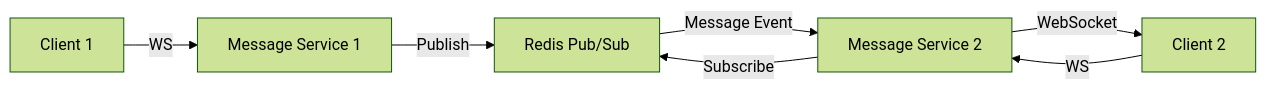
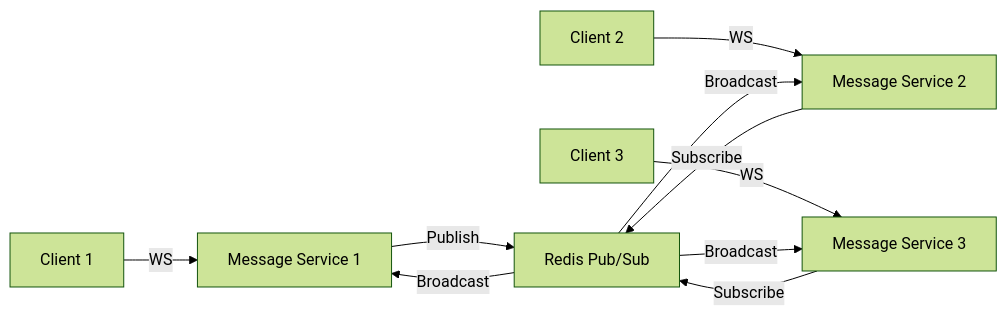
The fifth of 5 diagrams in docs/ARCHITECTURE.md (Dracula-101/echo-backend), drawn with Mermaid (forest theme) before and after one commit. The commit also changed other lines of this file and 9 other files, not shown here.

First line of the commit message:
Refactor WebSocket Protocol Documentation

````diff
--- a/docs/ARCHITECTURE.md
+++ b/docs/ARCHITECTURE.md
@@ -889,11 +1108,12 @@
 ```mermaid
 graph LR
     C1[Client 1] -->|WS| MS1[Message Service 1]
     C2[Client 2] -->|WS| MS2[Message Service 2]
+    C3[Client 3] -->|WS| MS3[Message Service 3]
 
     MS1 -->|Publish| Redis[Redis Pub/Sub]
     MS2 -->|Subscribe| Redis
+    MS3 -->|Subscribe| Redis
 
-    Redis -->|Message Event| MS2
-    MS2 -->|WebSocket| C2
+    Redis -->|Broadcast| MS1 & MS2 & MS3
 ```
````
